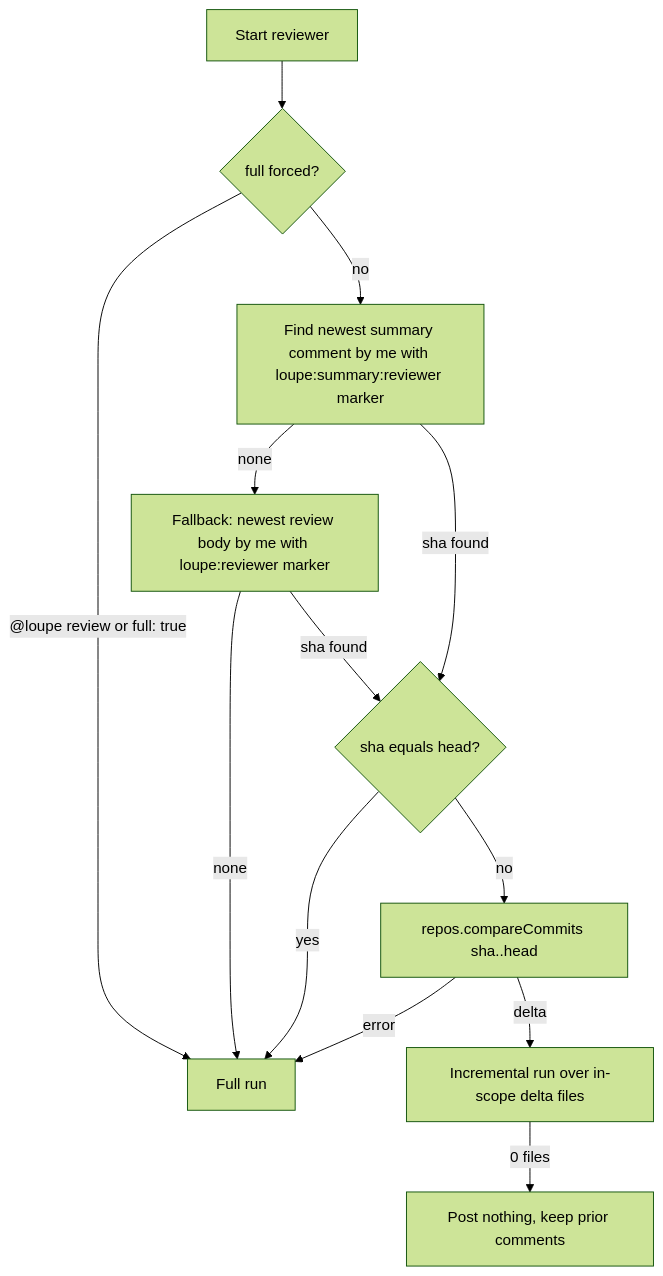
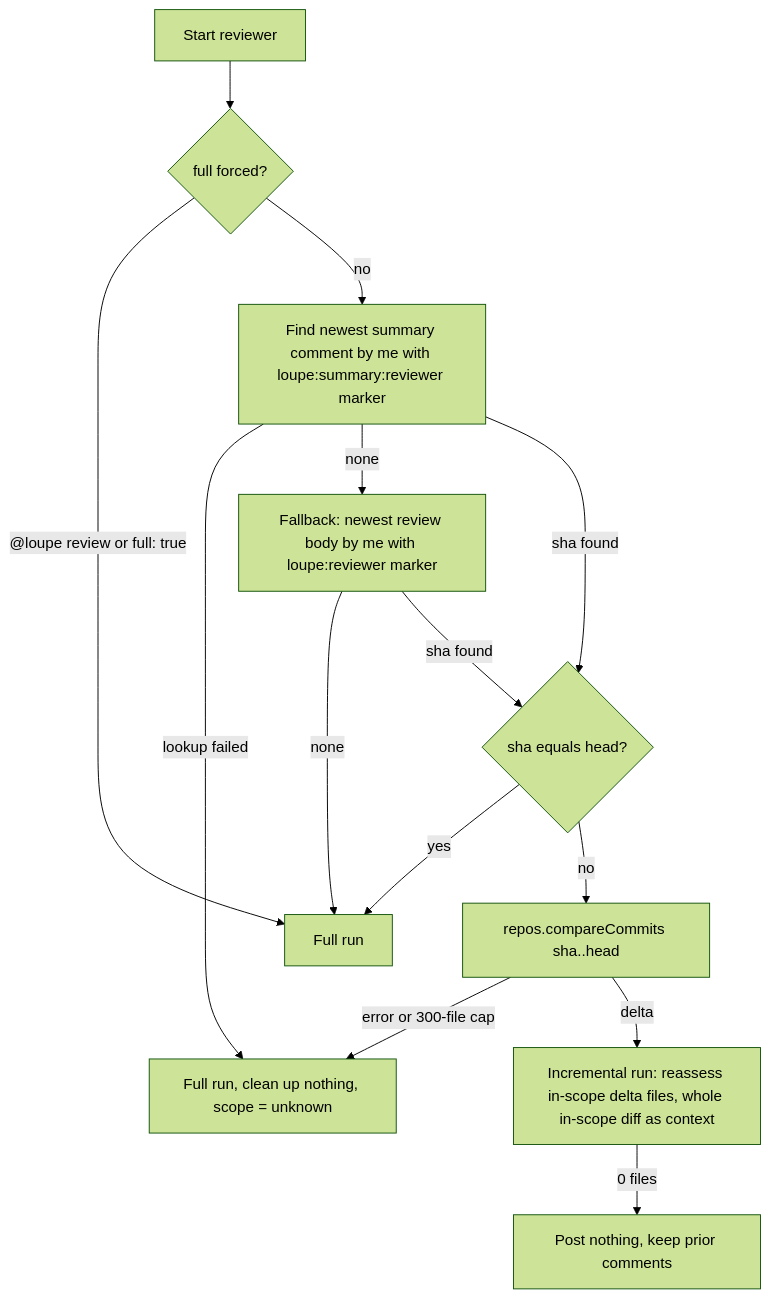
The first of 3 diagrams in docs/how-it-works/first-vs-incremental.md (context-labs/loupe), drawn with Mermaid (forest theme) before and after one commit. The commit also changed other lines of this file and 31 other files, not shown here.

First line of the commit message:
feat: reasoning flag, resolve-not-delete, full-diff context, visible degradation (INF-5290..5295) (#22)

````diff
--- a/docs/how-it-works/first-vs-incremental.md
+++ b/docs/how-it-works/first-vs-incremental.md
@@ -8,15 +8,16 @@
 ```mermaid
 flowchart TD
     S[Start reviewer] --> F{full forced?}
     F -->|"@loupe review or full: true"| FULL
     F -->|no| R[Find newest summary comment by me with loupe:summary:reviewer marker]
+    R -->|lookup failed| UNK[Full run, clean up nothing, scope = unknown]
     R -->|none| R2[Fallback: newest review body by me with loupe:reviewer marker]
     R2 -->|none| FULL[Full run]
     R -->|sha found| C{"sha equals head?"}
     R2 -->|sha found| C
     C -->|yes| FULL
     C -->|no| CMP[repos.compareCommits sha..head]
-    CMP -->|error| FULL
-    CMP -->|delta| INC[Incremental run over in-scope delta files]
+    CMP -->|error or 300-file cap| UNK
+    CMP -->|delta| INC[Incremental run: reassess in-scope delta files, whole in-scope diff as context]
     INC -->|0 files| KEEP[Post nothing, keep prior comments]
 ```
````
